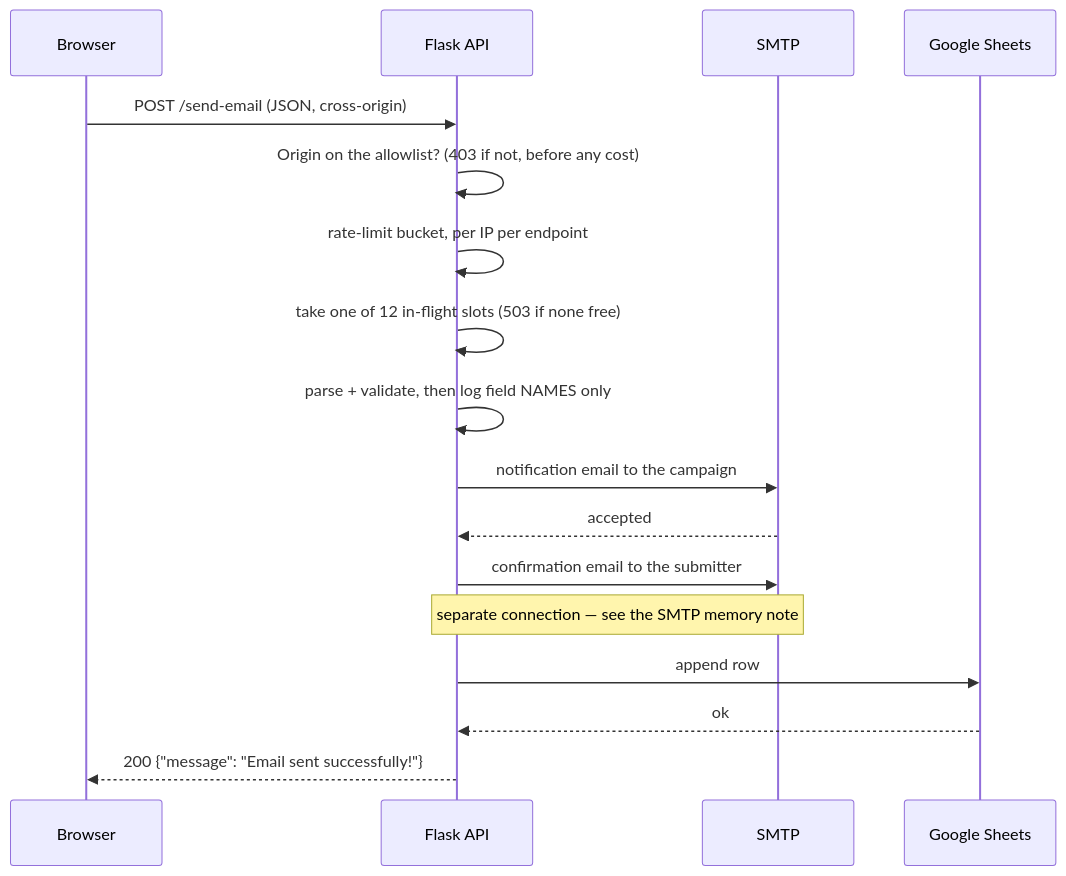
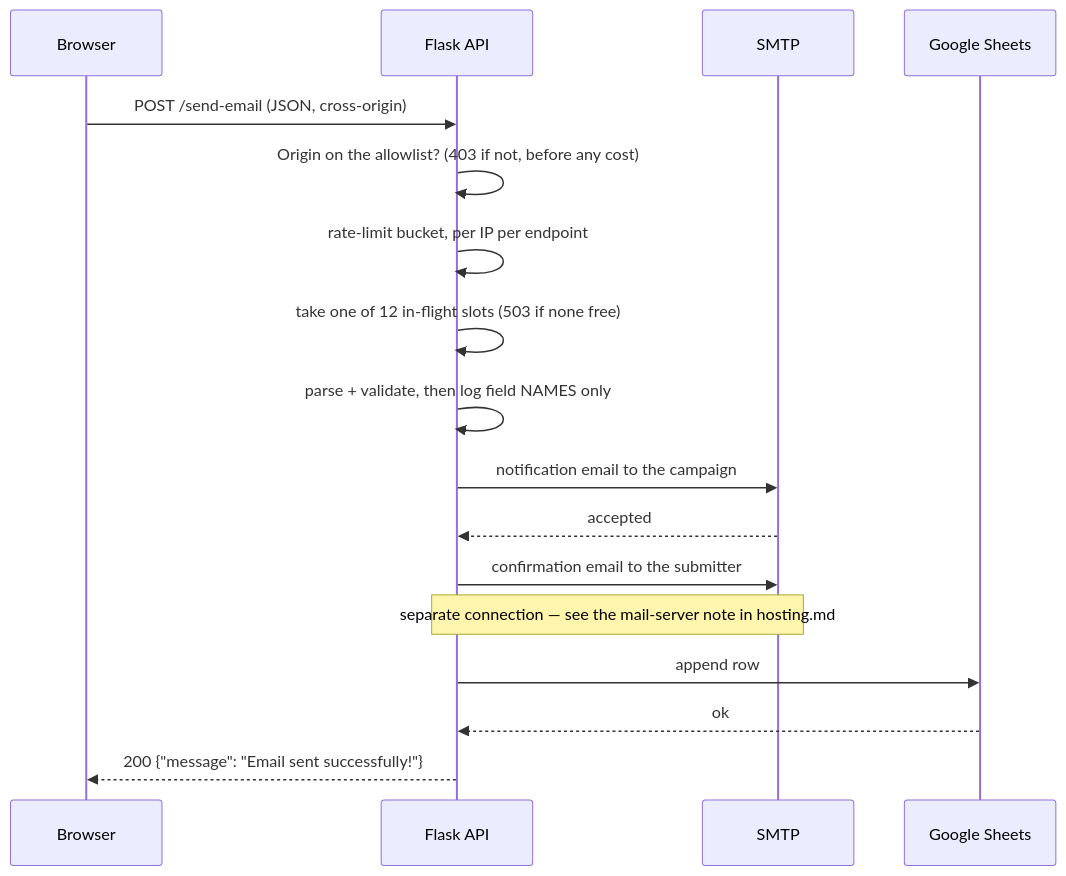
Before and after one commit to OwlbearMedia/voteforjulia: the second of 2 diagrams in docs/architecture.md, drawn with Mermaid.

Commit message:
Repair the dangling SMTP note pointer in the flow diagram
architecture.md's submission-flow diagram has said "see the SMTP
memory note" since the ADR batch in #107, and no note by that name
exists anywhere in the tree -- the one-message-per-connection fact
lived only in the verify_smtp_credentials docstring. The new
hosting.md paragraph is that note's canonical home, so the diagram
now names it.

````diff
--- a/docs/architecture.md
+++ b/docs/architecture.md
@@ -148,20 +148,20 @@
 ```mermaid
 sequenceDiagram
     participant B as Browser
     participant A as Flask API
     participant M as SMTP
     participant S as Google Sheets
 
     B->>A: POST /send-email (JSON, cross-origin)
     A->>A: Origin on the allowlist? (403 if not, before any cost)
     A->>A: rate-limit bucket, per IP per endpoint
     A->>A: take one of 12 in-flight slots (503 if none free)
     A->>A: parse + validate, then log field NAMES only
     A->>M: notification email to the campaign
     M-->>A: accepted
     A->>M: confirmation email to the submitter
-    Note over A,M: separate connection — see the SMTP memory note
+    Note over A,M: separate connection — see the mail-server note in hosting.md
     A->>S: append row
     S-->>A: ok
     A-->>B: 200 {"message": "Email sent successfully!"}
 ```
````
